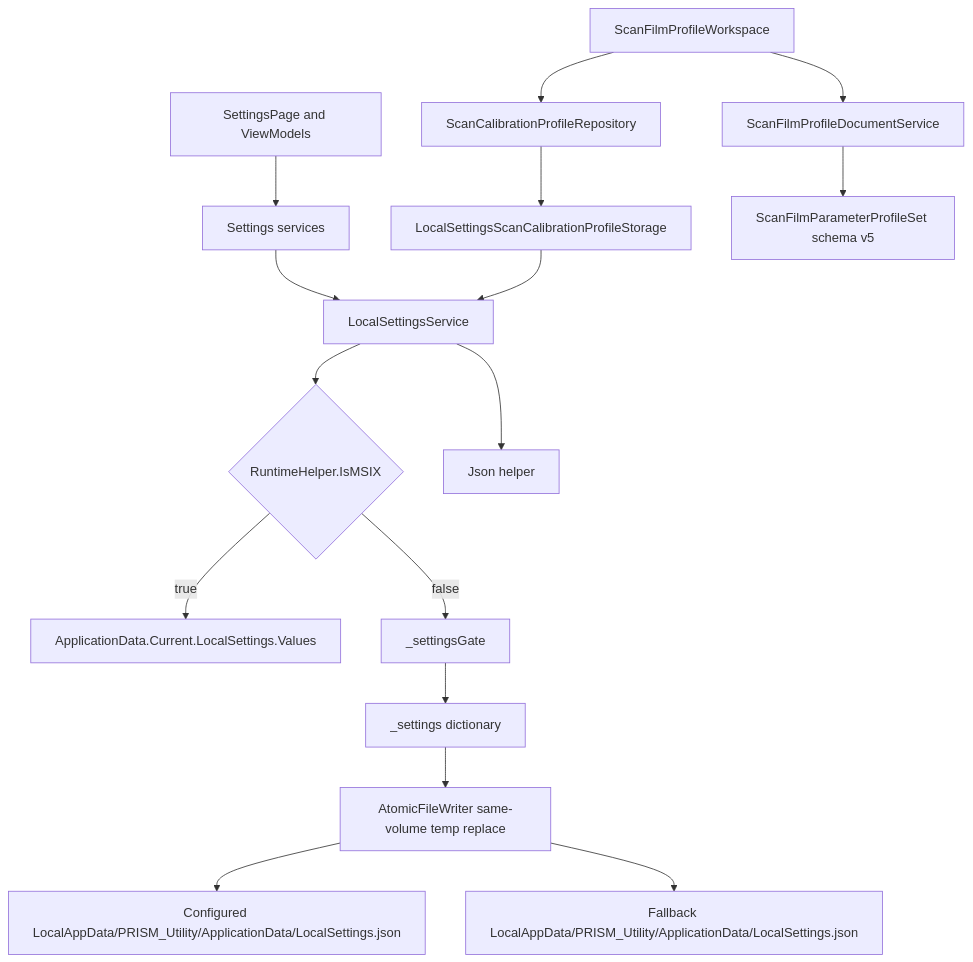
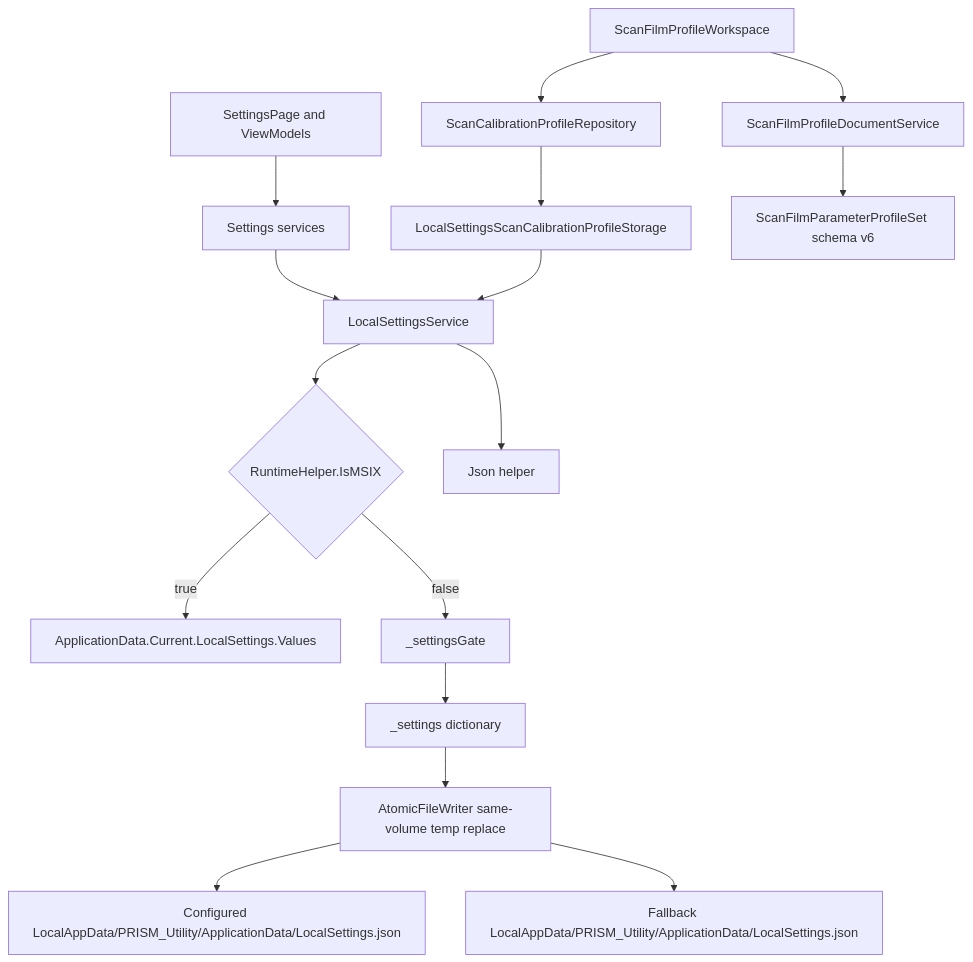
One commit to mr258876/PRISM-Utility changed the diagram in docs/architecture/settings-persistence.md. Above: the diagram before and after it, drawn with Mermaid. The commit also changed other lines of this file and 108 other files, not shown here.

````diff
--- a/docs/architecture/settings-persistence.md
+++ b/docs/architecture/settings-persistence.md
@@ -56,18 +56,18 @@
 ```mermaid
 flowchart TD
     SettingsPage[SettingsPage and ViewModels] --> Facades[Settings services]
     Facades --> LocalSettings[LocalSettingsService]
     LocalSettings --> Mode{RuntimeHelper.IsMSIX}
     Mode -->|true| MsixStore[ApplicationData.Current.LocalSettings.Values]
     Mode -->|false| Gate[_settingsGate]
     Gate --> Dict[_settings dictionary]
     Dict --> AtomicWriter[AtomicFileWriter same-volume temp replace]
     AtomicWriter --> ConfiguredJson[Configured LocalAppData/PRISM_Utility/ApplicationData/LocalSettings.json]
     AtomicWriter --> FallbackJson[Fallback LocalAppData/PRISM_Utility/ApplicationData/LocalSettings.json]
     LocalSettings --> JsonHelper[Json helper]
     Profiles[LocalSettingsScanCalibrationProfileStorage] --> LocalSettings
     Repository[ScanCalibrationProfileRepository] --> Profiles
     Workspace[ScanFilmProfileWorkspace] --> Repository
     Workspace --> Documents[ScanFilmProfileDocumentService]
-    Documents --> Schema[ScanFilmParameterProfileSet schema v5]
+    Documents --> Schema[ScanFilmParameterProfileSet schema v6]
 ```
````
